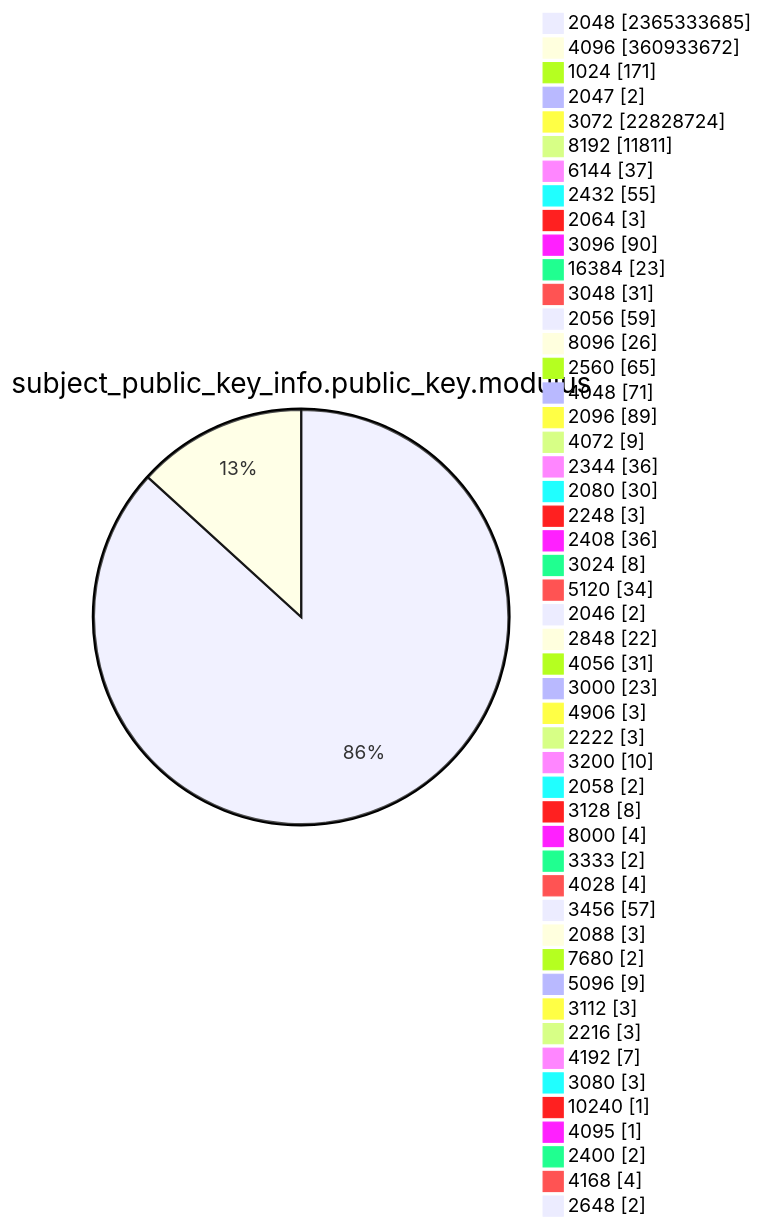
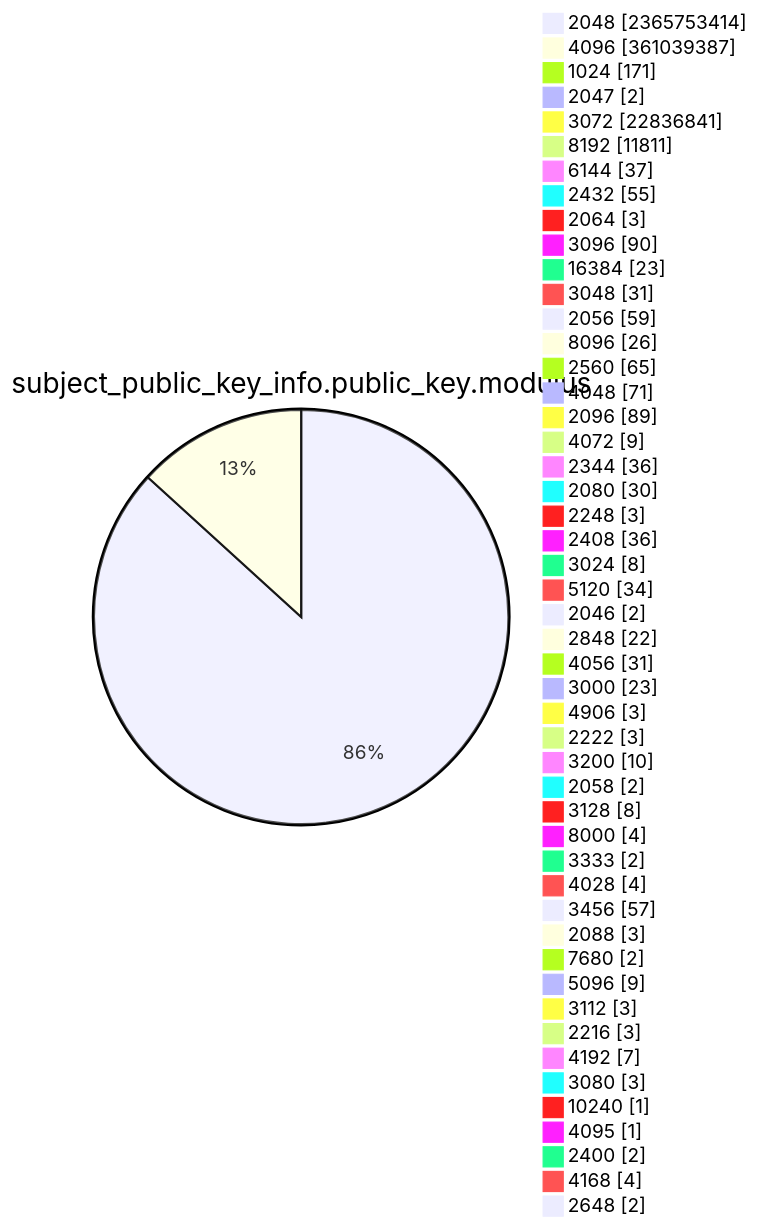
Diagram 13 of 15 in TOTAL/README.md (christiankrug/ctmonitor_visualization), drawn with Mermaid before and after one commit. The commit also changed other lines of this file, not shown here.

````diff
--- a/TOTAL/README.md
+++ b/TOTAL/README.md
@@ -4167,53 +4167,53 @@
 ```mermaid
 pie showData
 title subject_public_key_info.public_key.modulus
-"2048" :2365333685
-"4096" :360933672
+"2048" :2365753414
+"4096" :361039387
 "1024" :171
 "2047" :2
-"3072" :22828724
+"3072" :22836841
 "8192" :11811
 "6144" :37
 "2432" :55
 "2064" :3
 "3096" :90
 "16384" :23
 "3048" :31
 "2056" :59
 "8096" :26
 "2560" :65
 "4048" :71
 "2096" :89
 "4072" :9
 "2344" :36
 "2080" :30
 "2248" :3
 "2408" :36
 "3024" :8
 "5120" :34
 "2046" :2
 "2848" :22
 "4056" :31
 "3000" :23
 "4906" :3
 "2222" :3
 "3200" :10
 "2058" :2
 "3128" :8
 "8000" :4
 "3333" :2
 "4028" :4
 "3456" :57
 "2088" :3
 "7680" :2
 "5096" :9
 "3112" :3
 "2216" :3
 "4192" :7
 "3080" :3
 "10240" :1
 "4095" :1
 "2400" :2
 "4168" :4
 "2648" :2
 ```
````
